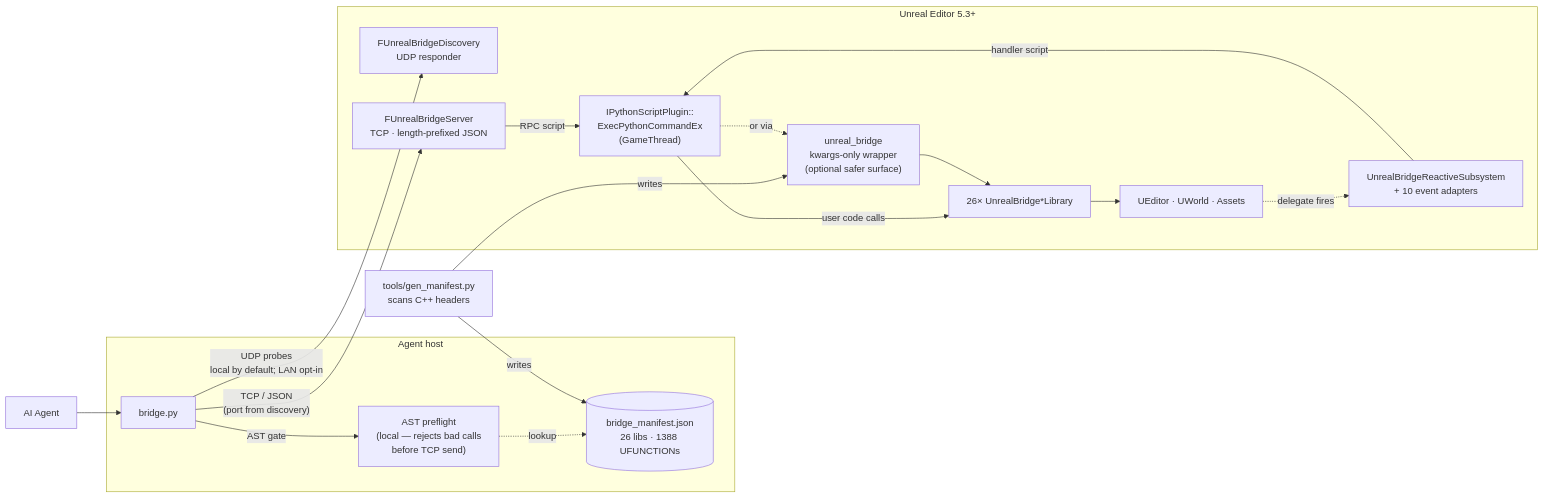
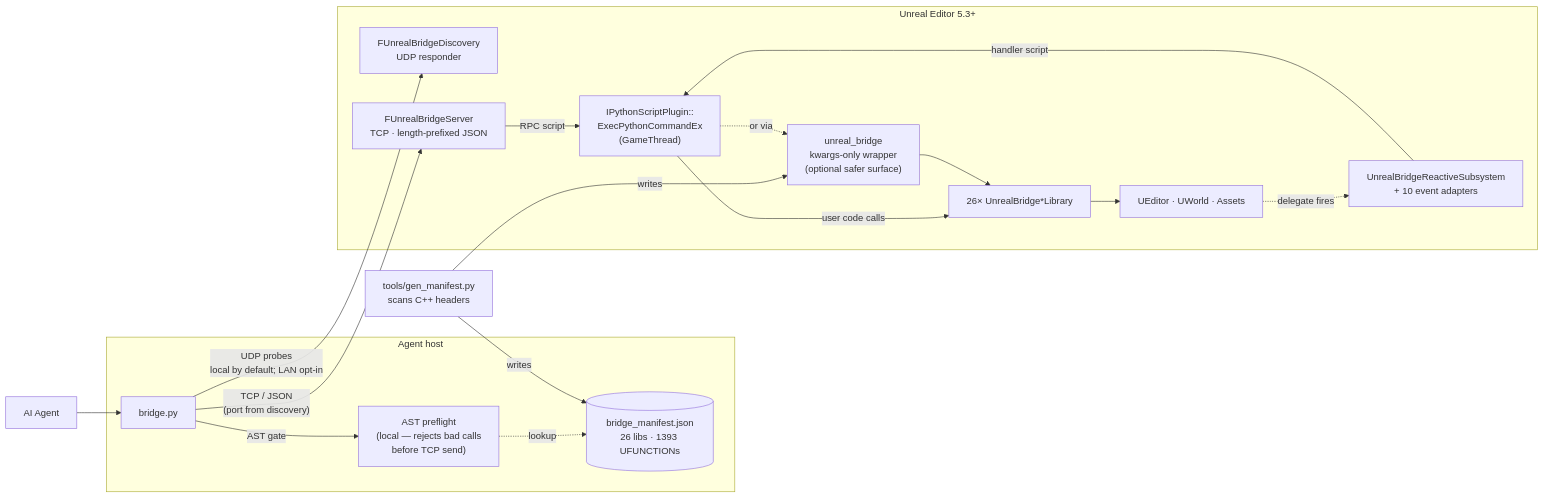
Before and after one commit to TornLux/UnrealBridge: the diagram in README.md, drawn with Mermaid. The commit also changed other lines of this file and 18 other files, not shown here.

````diff
--- a/README.md
+++ b/README.md
@@ -45,40 +45,40 @@
 ```mermaid
 flowchart LR
     Agent["AI Agent"]
 
     subgraph Host["Agent host"]
       CLI["bridge.py"]
       Pre["AST preflight<br/>(local — rejects bad calls<br/>before TCP send)"]
-      Mani[("bridge_manifest.json<br/>26 libs · 1388 UFUNCTIONs")]
+      Mani[("bridge_manifest.json<br/>26 libs · 1393 UFUNCTIONs")]
     end
 
     Gen["tools/gen_manifest.py<br/>scans C++ headers"]
 
     subgraph UE["Unreal Editor 5.3+"]
       Disc["FUnrealBridgeDiscovery<br/>UDP responder"]
       Server["FUnrealBridgeServer<br/>TCP · length-prefixed JSON"]
       Reactive["UnrealBridgeReactiveSubsystem<br/>+ 10 event adapters"]
       Exec["IPythonScriptPlugin::<br/>ExecPythonCommandEx<br/>(GameThread)"]
       Wrap["unreal_bridge<br/>kwargs-only wrapper<br/>(optional safer surface)"]
       Libs["26× UnrealBridge*Library"]
       Engine["UEditor · UWorld · Assets"]
     end
 
     Agent --> CLI
     CLI -- "AST gate" --> Pre
     Pre -. "lookup" .-> Mani
 
     Gen -- "writes" --> Mani
     Gen -- "writes" --> Wrap
 
     CLI -- "UDP probes<br/>local by default; LAN opt-in" --> Disc
     CLI -- "TCP / JSON<br/>(port from discovery)" --> Server
     Server -- "RPC script" --> Exec
     Engine -. "delegate fires" .-> Reactive
     Reactive -- "handler script" --> Exec
 
     Exec -- "user code calls" --> Libs
     Exec -. "or via" .-> Wrap
     Wrap --> Libs
     Libs --> Engine
 ```
````
